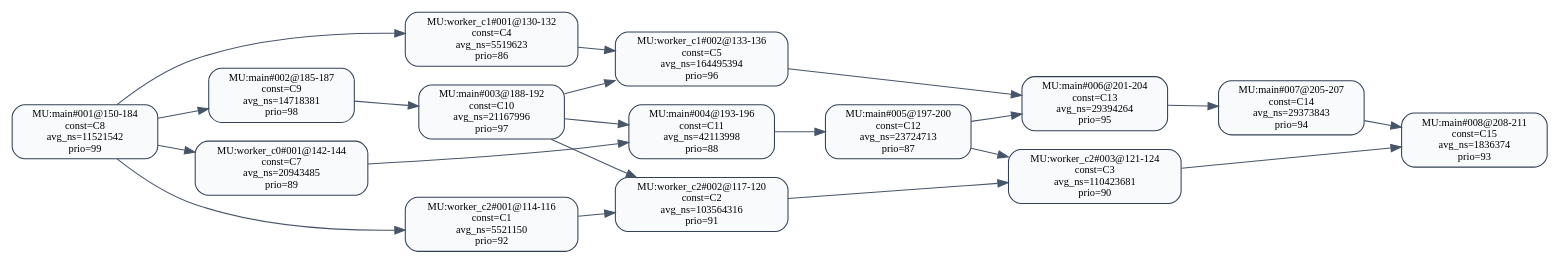
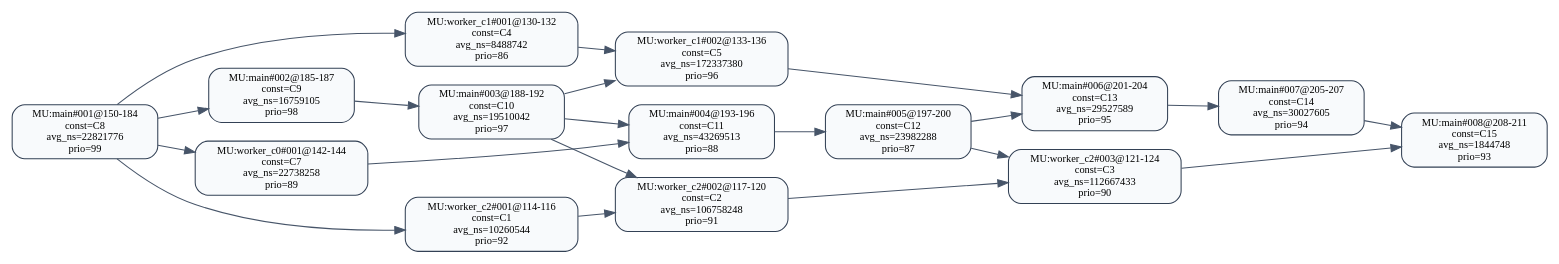
Before and after one commit to RTS-SYSU/DAG-Gen: the diagram in 中间结果/zhang2/pipeline/validation/level2/effective_line_merge/cpf/dag_seg_annotated.dot, drawn with Graphviz. The commit also changed 1118 other files, not shown here.

```diff
--- a/中间结果/zhang2/pipeline/validation/level2/effective_line_merge/cpf/dag_seg_annotated.dot
+++ b/中间结果/zhang2/pipeline/validation/level2/effective_line_merge/cpf/dag_seg_annotated.dot
@@ -1,38 +1,38 @@
 digraph dag_seg_annotated {
   rankdir=LR;
   node [shape=box, style="rounded,filled", fillcolor="#F8FAFC", color="#334155", fontsize=10];
   edge [color="#475569"];
-  "MU:main#001@150-184" [label="MU:main#001@150-184\nconst=C8\navg_ns=11521542\nprio=99"];
-  "MU:main#002@185-187" [label="MU:main#002@185-187\nconst=C9\navg_ns=14718381\nprio=98"];
-  "MU:main#003@188-192" [label="MU:main#003@188-192\nconst=C10\navg_ns=21167996\nprio=97"];
-  "MU:main#004@193-196" [label="MU:main#004@193-196\nconst=C11\navg_ns=42113998\nprio=88"];
-  "MU:main#005@197-200" [label="MU:main#005@197-200\nconst=C12\navg_ns=23724713\nprio=87"];
-  "MU:main#006@201-204" [label="MU:main#006@201-204\nconst=C13\navg_ns=29394264\nprio=95"];
-  "MU:main#007@205-207" [label="MU:main#007@205-207\nconst=C14\navg_ns=29373843\nprio=94"];
-  "MU:main#008@208-211" [label="MU:main#008@208-211\nconst=C15\navg_ns=1836374\nprio=93"];
-  "MU:worker_c0#001@142-144" [label="MU:worker_c0#001@142-144\nconst=C7\navg_ns=20943485\nprio=89"];
-  "MU:worker_c1#001@130-132" [label="MU:worker_c1#001@130-132\nconst=C4\navg_ns=5519623\nprio=86"];
-  "MU:worker_c1#002@133-136" [label="MU:worker_c1#002@133-136\nconst=C5\navg_ns=164495394\nprio=96"];
-  "MU:worker_c2#001@114-116" [label="MU:worker_c2#001@114-116\nconst=C1\navg_ns=5521150\nprio=92"];
-  "MU:worker_c2#002@117-120" [label="MU:worker_c2#002@117-120\nconst=C2\navg_ns=103564316\nprio=91"];
-  "MU:worker_c2#003@121-124" [label="MU:worker_c2#003@121-124\nconst=C3\navg_ns=110423681\nprio=90"];
+  "MU:main#001@150-184" [label="MU:main#001@150-184\nconst=C8\navg_ns=22821776\nprio=99"];
+  "MU:main#002@185-187" [label="MU:main#002@185-187\nconst=C9\navg_ns=16759105\nprio=98"];
+  "MU:main#003@188-192" [label="MU:main#003@188-192\nconst=C10\navg_ns=19510042\nprio=97"];
+  "MU:main#004@193-196" [label="MU:main#004@193-196\nconst=C11\navg_ns=43269513\nprio=88"];
+  "MU:main#005@197-200" [label="MU:main#005@197-200\nconst=C12\navg_ns=23982288\nprio=87"];
+  "MU:main#006@201-204" [label="MU:main#006@201-204\nconst=C13\navg_ns=29527589\nprio=95"];
+  "MU:main#007@205-207" [label="MU:main#007@205-207\nconst=C14\navg_ns=30027605\nprio=94"];
+  "MU:main#008@208-211" [label="MU:main#008@208-211\nconst=C15\navg_ns=1844748\nprio=93"];
+  "MU:worker_c0#001@142-144" [label="MU:worker_c0#001@142-144\nconst=C7\navg_ns=22738258\nprio=89"];
+  "MU:worker_c1#001@130-132" [label="MU:worker_c1#001@130-132\nconst=C4\navg_ns=8488742\nprio=86"];
+  "MU:worker_c1#002@133-136" [label="MU:worker_c1#002@133-136\nconst=C5\navg_ns=172337380\nprio=96"];
+  "MU:worker_c2#001@114-116" [label="MU:worker_c2#001@114-116\nconst=C1\navg_ns=10260544\nprio=92"];
+  "MU:worker_c2#002@117-120" [label="MU:worker_c2#002@117-120\nconst=C2\navg_ns=106758248\nprio=91"];
+  "MU:worker_c2#003@121-124" [label="MU:worker_c2#003@121-124\nconst=C3\navg_ns=112667433\nprio=90"];
   "MU:worker_c2#001@114-116" -> "MU:worker_c2#002@117-120";
   "MU:worker_c2#002@117-120" -> "MU:worker_c2#003@121-124";
   "MU:worker_c1#001@130-132" -> "MU:worker_c1#002@133-136";
   "MU:main#001@150-184" -> "MU:main#002@185-187";
   "MU:main#002@185-187" -> "MU:main#003@188-192";
   "MU:main#003@188-192" -> "MU:main#004@193-196";
   "MU:main#004@193-196" -> "MU:main#005@197-200";
   "MU:main#005@197-200" -> "MU:main#006@201-204";
   "MU:main#006@201-204" -> "MU:main#007@205-207";
   "MU:main#007@205-207" -> "MU:main#008@208-211";
   "MU:main#001@150-184" -> "MU:worker_c0#001@142-144";
   "MU:main#001@150-184" -> "MU:worker_c1#001@130-132";
   "MU:main#001@150-184" -> "MU:worker_c2#001@114-116";
   "MU:worker_c0#001@142-144" -> "MU:main#004@193-196";
   "MU:worker_c1#002@133-136" -> "MU:main#006@201-204";
   "MU:worker_c2#003@121-124" -> "MU:main#008@208-211";
   "MU:main#003@188-192" -> "MU:worker_c2#002@117-120";
   "MU:main#005@197-200" -> "MU:worker_c2#003@121-124";
   "MU:main#003@188-192" -> "MU:worker_c1#002@133-136";
 }
```
